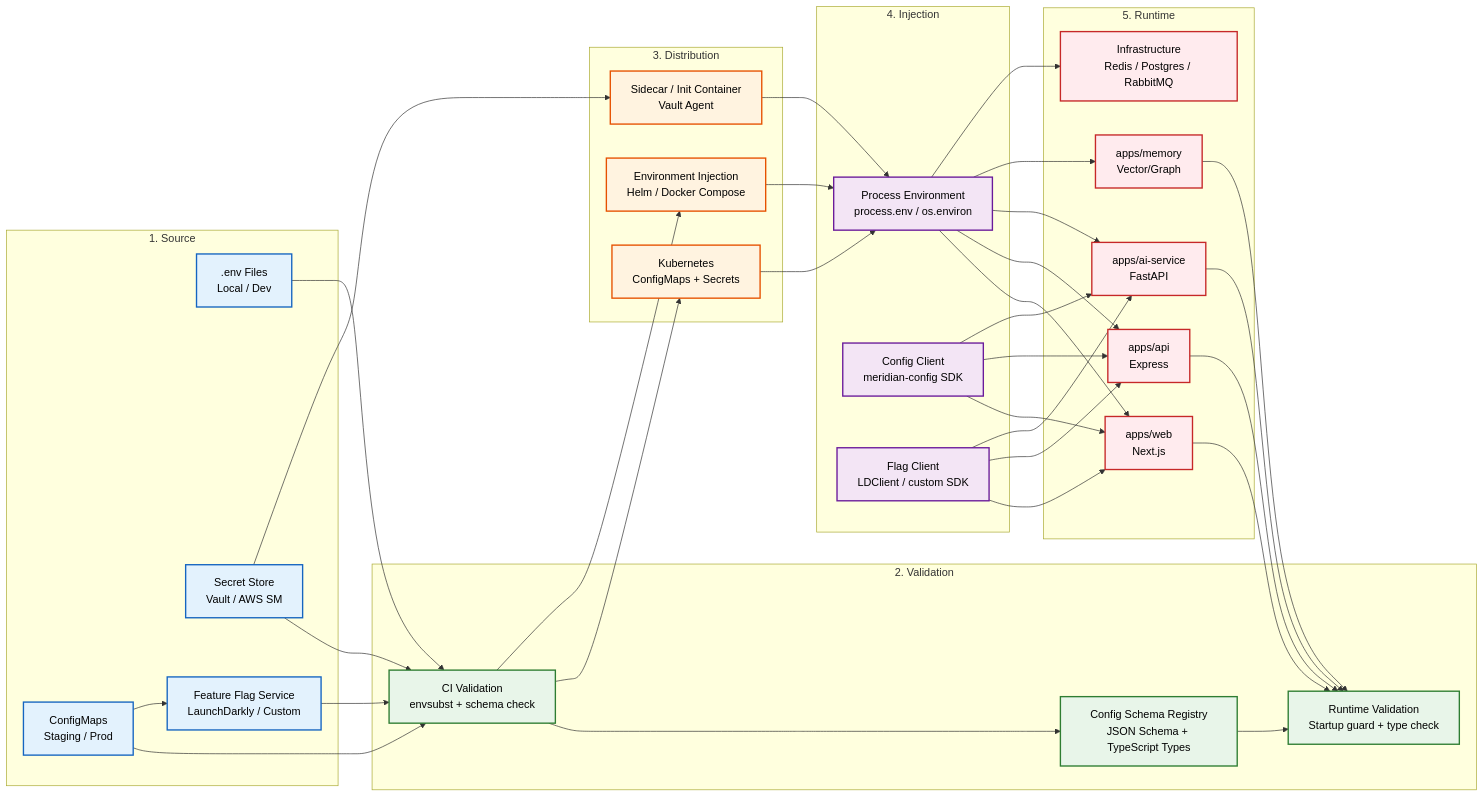
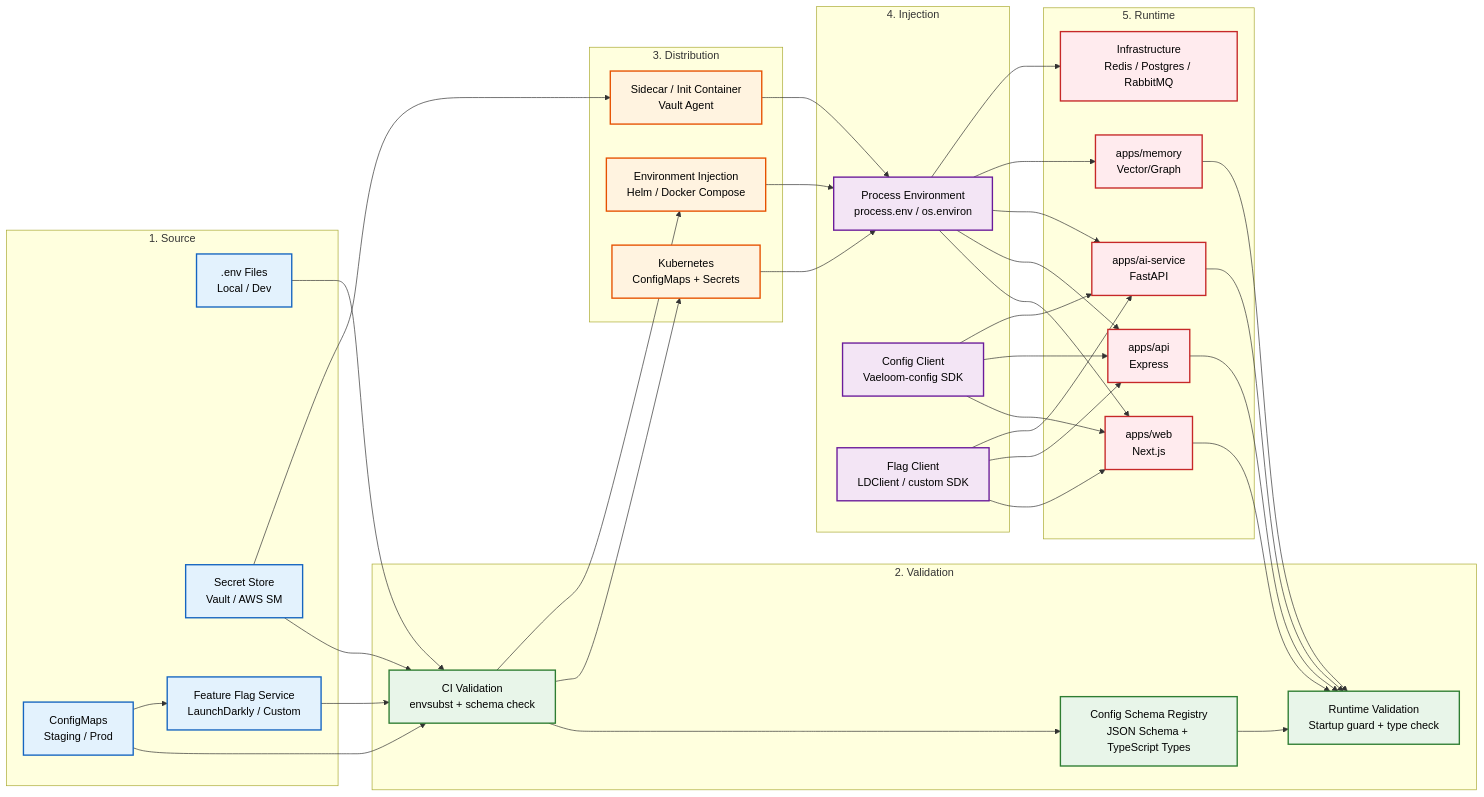
Before and after one commit to Driftloom/Vaeloom: the first of 5 diagrams in Docs/DevOps/Configuration-Management.md, drawn with Mermaid. The commit also changed other lines of this file and 249 other files, not shown here.

Commit message:
Rename all references from Meridian to Vaeloom across docs, scripts, and config

```diff
--- a/Docs/DevOps/Configuration-Management.md
+++ b/Docs/DevOps/Configuration-Management.md
@@ -83,7 +83,7 @@
 
     subgraph Injection["4. Injection"]
         APP_ENV["Process Environment<br/>process.env / os.environ"]
-        CONFIG_CLIENT["Config Client<br/>meridian-config SDK"]
+        CONFIG_CLIENT["Config Client<br/>Vaeloom-config SDK"]
         FLAG_CLIENT["Flag Client<br/>LDClient / custom SDK"]
     end
 
```
